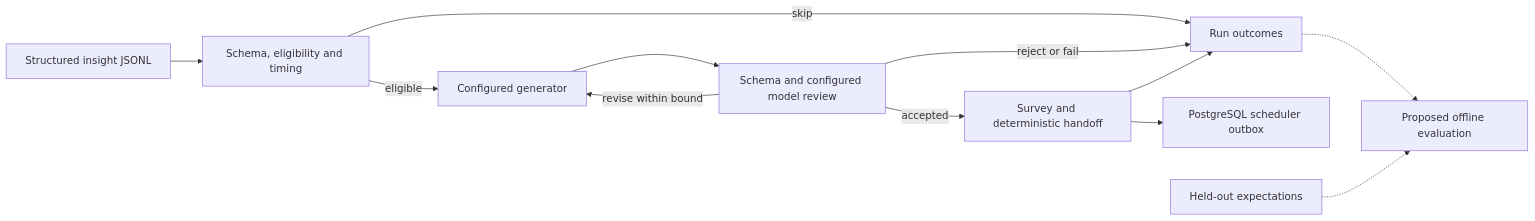
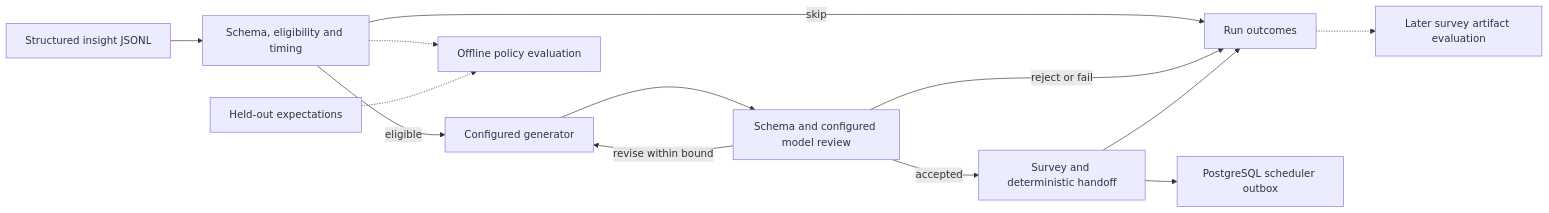
Before and after one commit to AWS-DG37/AWS-breaking-barriers-DG37: the diagram in docs/architecture.md, drawn with Mermaid. The commit also changed other lines of this file and 8 other files, not shown here.

Commit message:
Add offline policy scorecards with reference baseline

````diff
--- a/docs/architecture.md
+++ b/docs/architecture.md
@@ -67,14 +67,15 @@
 ```mermaid
 flowchart LR
     Input[Structured insight JSONL] --> Select[Schema, eligibility and timing]
     Select -->|eligible| Generate[Configured generator]
     Generate --> Review[Schema and configured model review]
     Review -->|revise within bound| Generate
     Review -->|accepted| Handoff[Survey and deterministic handoff]
     Select -->|skip| Results[Run outcomes]
     Review -->|reject or fail| Results
     Handoff --> Results
     Handoff --> Outbox[PostgreSQL scheduler outbox]
-    Results -.-> Eval[Proposed offline evaluation]
+    Select -.-> Eval[Offline policy evaluation]
+    Results -.-> FutureEval[Later survey artifact evaluation]
     Holdout[Held-out expectations] -.-> Eval
 ```
````
